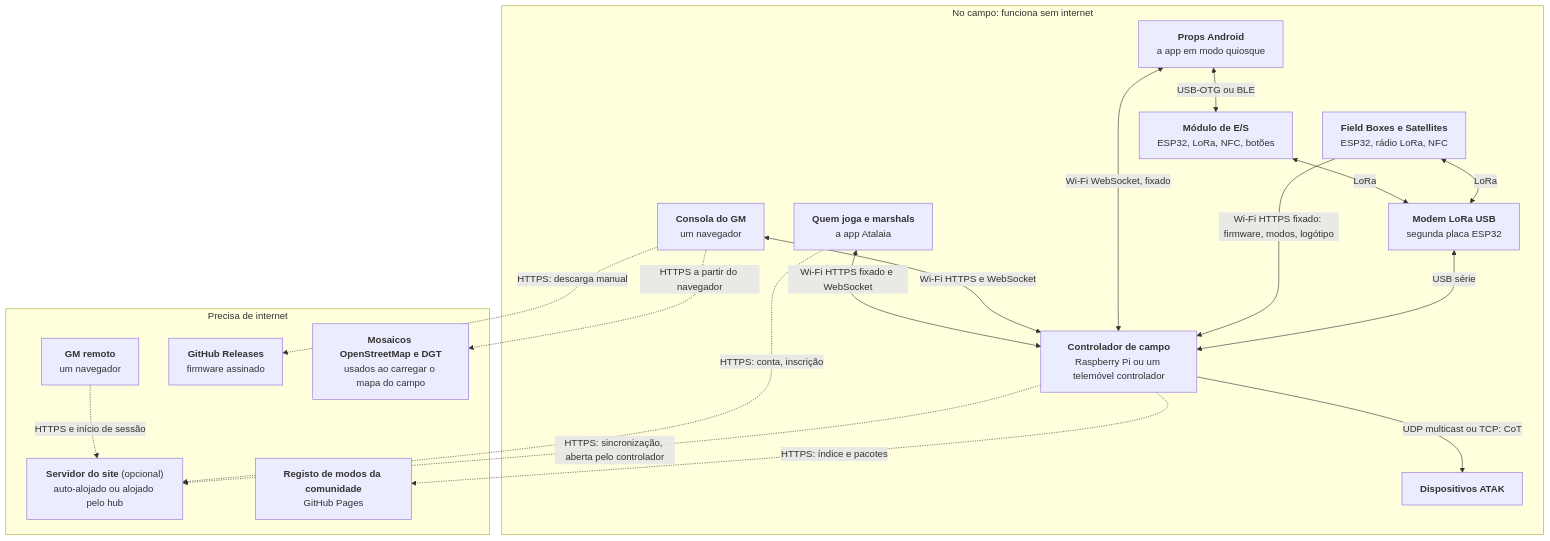
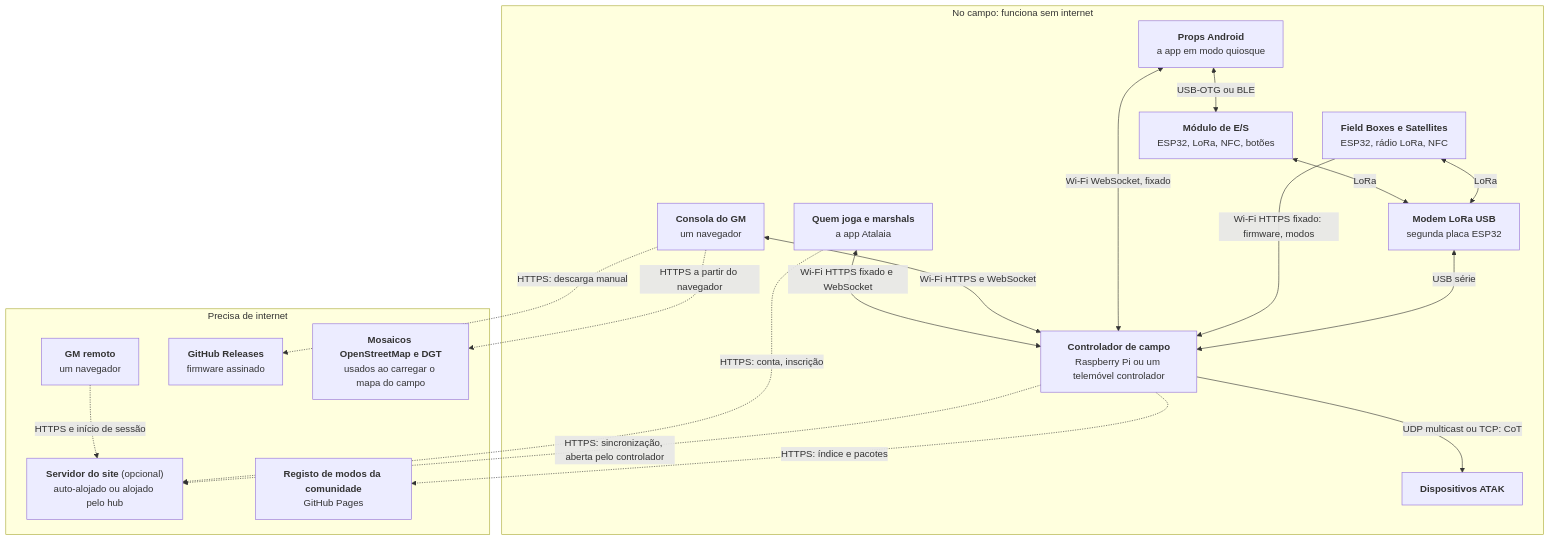
The first of 7 diagrams in docs/architecture.pt.md (vakaobr/atalaia-project), drawn with Mermaid before and after one commit. The commit also changed other lines of this file and 25 other files, not shown here.

First line of the commit message:
Roadmap, README, STATUS files, SECURITY.md, architecture and manuals brought up to date with the security review, the privacy work and the legal positions

````diff
--- a/docs/architecture.pt.md
+++ b/docs/architecture.pt.md
@@ -44,47 +44,47 @@
 ```mermaid
 flowchart TB
     subgraph field["No campo: funciona sem internet"]
         boxes["`**Field Boxes e Satellites**
 ESP32, rádio LoRa, NFC`"]
         modem["`**Modem LoRa USB**
 segunda placa ESP32`"]
         pod["`**Módulo de E/S**
 ESP32, LoRa, NFC, botões`"]
         ctrl["`**Controlador de campo**
 Raspberry Pi ou um telemóvel controlador`"]
         gm["`**Consola do GM**
 um navegador`"]
         phones["`**Quem joga e marshals**
 a app Atalaia`"]
         props["`**Props Android**
 a app em modo quiosque`"]
         atak["`**Dispositivos ATAK**`"]
     end
     subgraph net["Precisa de internet"]
         site["`**Servidor do site** (opcional)
 auto-alojado ou alojado pelo hub`"]
         rgm["`**GM remoto**
 um navegador`"]
         reg["`**Registo de modos da comunidade**
 GitHub Pages`"]
         gh["`**GitHub Releases**
 firmware assinado`"]
         maps["`**Mosaicos OpenStreetMap e DGT**
 usados ao carregar o mapa do campo`"]
     end
     boxes <-->|"LoRa"| modem
     modem <-->|"USB série"| ctrl
     pod <-->|"LoRa"| modem
-    boxes -->|"Wi-Fi HTTPS fixado: firmware, modos, logótipo"| ctrl
+    boxes -->|"Wi-Fi HTTPS fixado: firmware, modos"| ctrl
     props <-->|"Wi-Fi WebSocket, fixado"| ctrl
     props <-->|"USB-OTG ou BLE"| pod
     gm <-->|"Wi-Fi HTTPS e WebSocket"| ctrl
     phones <-->|"Wi-Fi HTTPS fixado e WebSocket"| ctrl
     ctrl -->|"UDP multicast ou TCP: CoT"| atak
     ctrl -.->|"HTTPS: sincronização, aberta pelo controlador"| site
     phones -.->|"HTTPS: conta, inscrição"| site
     rgm -.->|"HTTPS e início de sessão"| site
     ctrl -.->|"HTTPS: índice e pacotes"| reg
     gm -.->|"HTTPS: descarga manual"| gh
     gm -.->|"HTTPS a partir do navegador"| maps
 ```
````
